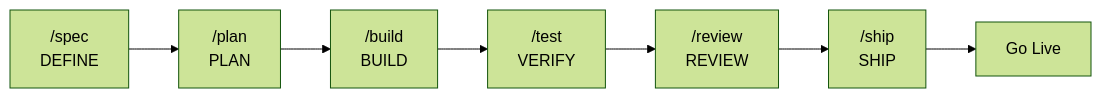
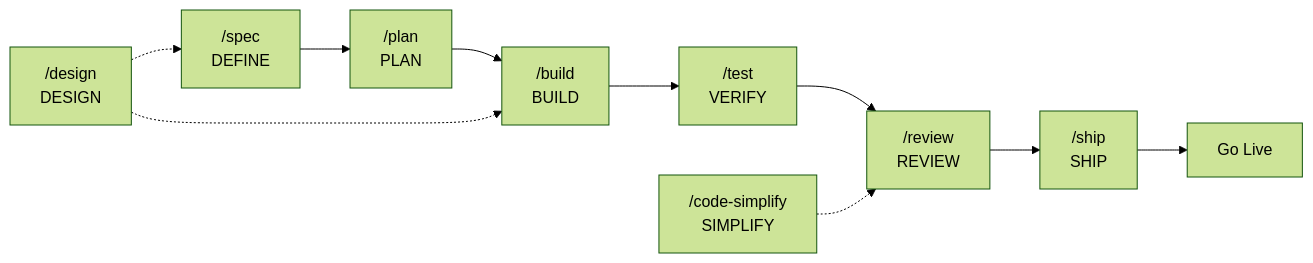
One commit to Fisherk2/spec-driven-develop-opencode-workspace changed the diagram in USER_GUIDE.md. Above: the diagram before and after it, drawn with Mermaid (forest theme). The commit also changed other lines of this file and 3 other files, not shown here.

````diff
--- a/USER_GUIDE.md
+++ b/USER_GUIDE.md
@@ -223,9 +224,13 @@
 ```mermaid
 flowchart LR
     A["/spec<br/>DEFINE"] --> B["/plan<br/>PLAN"]
     B --> C["/build<br/>BUILD"]
     C --> D["/test<br/>VERIFY"]
     D --> E["/review<br/>REVIEW"]
     E --> F["/ship<br/>SHIP"]
     F --> G["Go Live"]
+    
+    H["/design<br/>DESIGN"] -.-> A
+    H -.-> C
+    I["/code-simplify<br/>SIMPLIFY"] -.-> E
 ```
````
